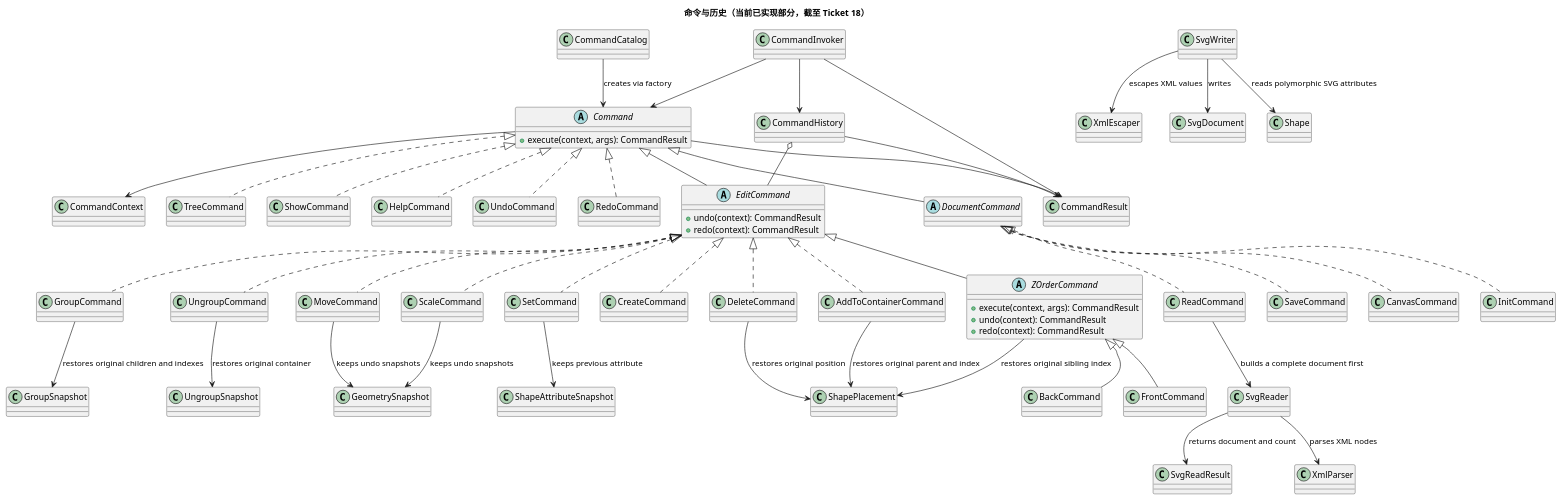
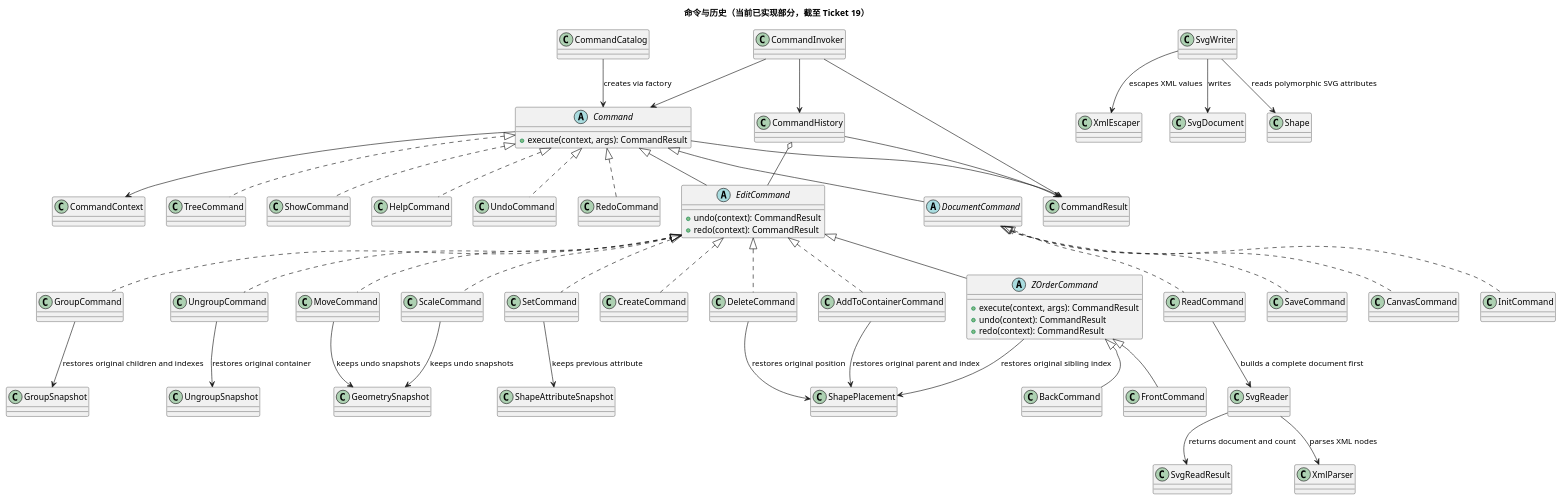
Before and after one commit to NQC233/svg-editor-lab1: the second of 2 diagrams in doc/class-model.puml, drawn with PlantUML. The commit also changed other lines of this file and 5 other files, not shown here.

Commit message:
docs: align ticket 19 architecture status

```diff
--- a/doc/class-model.puml
+++ b/doc/class-model.puml
@@ -192,99 +192,99 @@
 @startuml
-title 命令与历史（当前已实现部分，截至 Ticket 18）
+title 命令与历史（当前已实现部分，截至 Ticket 19）
 
 abstract class Command {
   +execute(context, args): CommandResult
 }
 
 abstract class DocumentCommand
 
 abstract class EditCommand {
   +undo(context): CommandResult
   +redo(context): CommandResult
 }
 
 class CommandResult
 class CommandCatalog
 class CommandInvoker
 class CommandHistory
 class CommandContext
 class ShapePlacement
 class UngroupSnapshot
 class GroupSnapshot
 
 class CreateCommand
 class DeleteCommand
 class GroupCommand
 class UngroupCommand
 class AddToContainerCommand
 abstract class ZOrderCommand {
   +execute(context, args): CommandResult
   +undo(context): CommandResult
   +redo(context): CommandResult
 }
 class FrontCommand
 class BackCommand
 class MoveCommand
 class ScaleCommand
 class SetCommand
 class CanvasCommand
 class InitCommand
 class ReadCommand
 class SaveCommand
 class TreeCommand
 class ShowCommand
 class HelpCommand
 class UndoCommand
 class RedoCommand
 class SvgWriter
 class SvgReader
 class SvgReadResult
 class XmlParser
 class XmlEscaper
 
 Command <|-- EditCommand
 Command <|-- DocumentCommand
 EditCommand <|.. CreateCommand
 EditCommand <|.. DeleteCommand
 EditCommand <|.. GroupCommand
 EditCommand <|.. UngroupCommand
 EditCommand <|.. AddToContainerCommand
 EditCommand <|-- ZOrderCommand
 ZOrderCommand <|-- FrontCommand
 ZOrderCommand <|-- BackCommand
 EditCommand <|.. MoveCommand
 EditCommand <|.. ScaleCommand
 EditCommand <|.. SetCommand
 DocumentCommand <|.. CanvasCommand
 DocumentCommand <|.. InitCommand
 DocumentCommand <|.. ReadCommand
 DocumentCommand <|.. SaveCommand
 Command <|.. TreeCommand
 Command <|.. ShowCommand
 Command <|.. HelpCommand
 Command <|.. UndoCommand
 Command <|.. RedoCommand
 SvgWriter --> SvgDocument : writes
 SvgWriter --> Shape : reads polymorphic SVG attributes
 SvgWriter --> XmlEscaper : escapes XML values
 ReadCommand --> SvgReader : builds a complete document first
 SvgReader --> SvgReadResult : returns document and count
 SvgReader --> XmlParser : parses XML nodes
 
 CommandInvoker --> CommandHistory
 CommandInvoker --> Command
 CommandInvoker --> CommandResult
 CommandCatalog --> Command : creates via factory
 CommandHistory o-- EditCommand
 CommandHistory --> CommandResult
 Command --> CommandContext
 Command --> CommandResult
 DeleteCommand --> ShapePlacement : restores original position
 UngroupCommand --> UngroupSnapshot : restores original container
 GroupCommand --> GroupSnapshot : restores original children and indexes
 AddToContainerCommand --> ShapePlacement : restores original parent and index
 ZOrderCommand --> ShapePlacement : restores original sibling index
 MoveCommand --> GeometrySnapshot : keeps undo snapshots
 ScaleCommand --> GeometrySnapshot : keeps undo snapshots
 SetCommand --> ShapeAttributeSnapshot : keeps previous attribute
 @enduml
```
